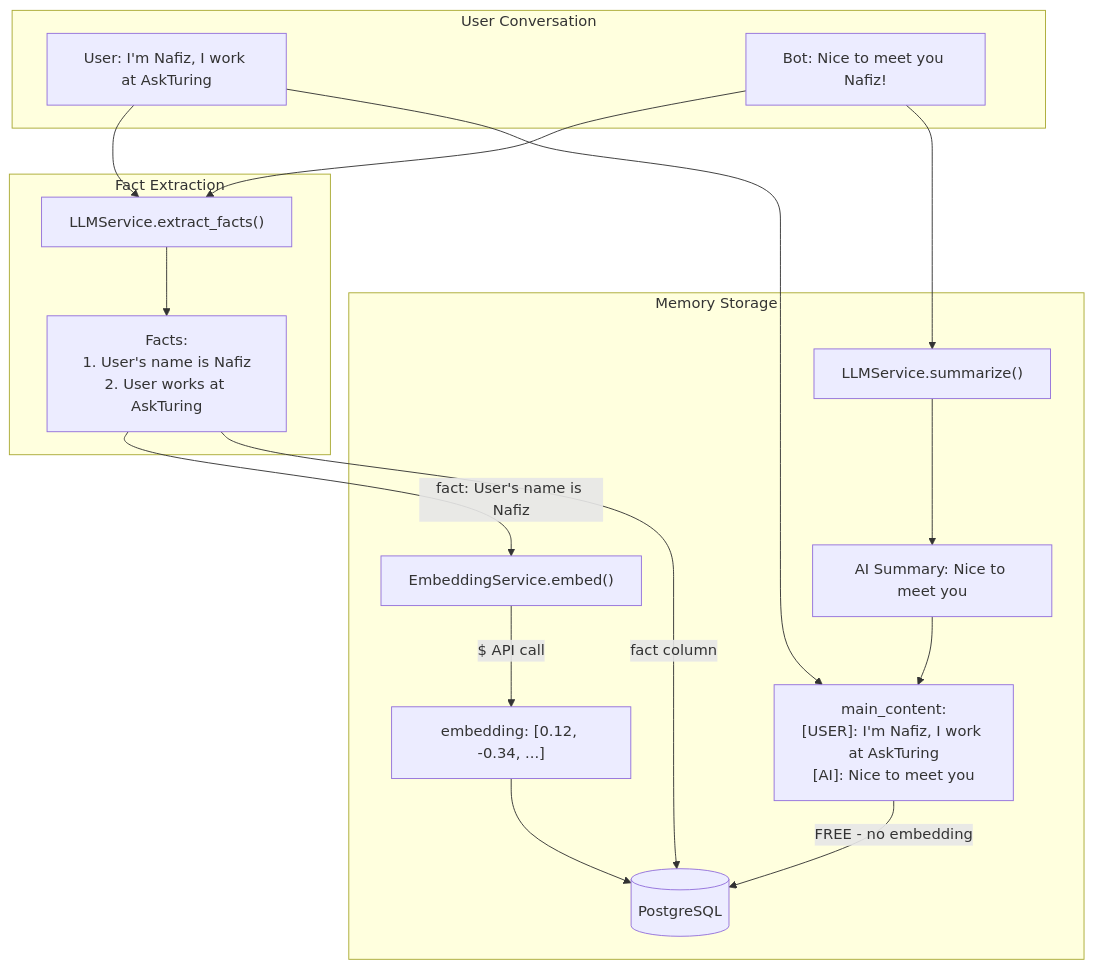
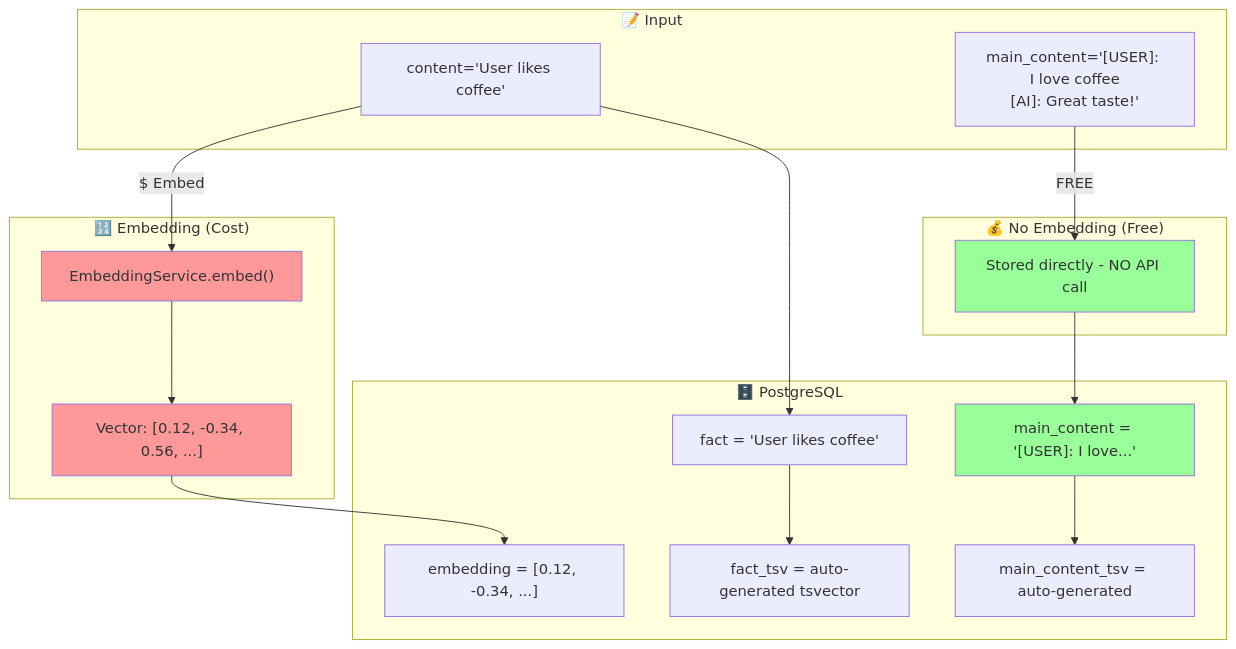
Before and after one commit to ahammadnafiz/engram: the first of 7 diagrams in docs/diagram.md, drawn with Mermaid. The commit also changed other lines of this file, not shown here.

Commit message:
Revise documentation for the Engram two-column memory system: update diagrams to illustrate memory storage and retrieval flows, enhance clarity on embedding processes, and include a new database schema. Add cost comparison and search vs storage analysis to improve understanding of memory efficiency.

````diff
--- a/docs/diagram.md
+++ b/docs/diagram.md
@@ -5,40 +5,39 @@
 ```mermaid
 flowchart TD
-    subgraph Input [User Conversation]
-        UserMsg["User: I'm Nafiz, I work at AskTuring"]
-        BotMsg["Bot: Nice to meet you Nafiz!"]
+    subgraph Input["📝 Input"]
+        Content["content='User likes coffee'"]
+        MainContent["main_content='[USER]: I love coffee\n[AI]: Great taste!'"]
     end
-    
-    subgraph Extraction [Fact Extraction]
-        LLM["LLMService.extract_facts()"]
-        Facts["Facts:<br/>1. User's name is Nafiz<br/>2. User works at AskTuring"]
+
+    subgraph Embedding["🔢 Embedding (Cost)"]
+        EmbedService["EmbeddingService.embed()"]
+        Vector["Vector: [0.12, -0.34, 0.56, ...]"]
     end
-    
-    subgraph Storage [Memory Storage]
-        Summary["LLMService.summarize()"]
-        AISummary["AI Summary: Nice to meet you"]
-        
-        MainContent["main_content:<br/>[USER]: I'm Nafiz, I work at AskTuring<br/>[AI]: Nice to meet you"]
-        
-        Embed["EmbeddingService.embed()"]
-        Vector["embedding: [0.12, -0.34, ...]"]
-        
-        DB[(PostgreSQL)]
+
+    subgraph NoEmbed["💰 No Embedding (Free)"]
+        Skip["Stored directly - NO API call"]
     end
-    
-    UserMsg --> LLM
-    BotMsg --> LLM
-    LLM --> Facts
-    
-    Facts -->|"fact: User's name is Nafiz"| Embed
-    Embed -->|"$ API call"| Vector
-    
-    BotMsg --> Summary
-    Summary --> AISummary
-    UserMsg --> MainContent
-    AISummary --> MainContent
-    
-    Vector --> DB
-    MainContent -->|"FREE - no embedding"| DB
-    Facts -->|"fact column"| DB
+
+    subgraph Database["🗄️ PostgreSQL"]
+        FactCol["fact = 'User likes coffee'"]
+        FactTSV["fact_tsv = auto-generated tsvector"]
+        EmbedCol["embedding = [0.12, -0.34, ...]"]
+        MainCol["main_content = '[USER]: I love...'"]
+        MainTSV["main_content_tsv = auto-generated"]
+    end
+
+    Content -->|"$ Embed"| EmbedService
+    EmbedService --> Vector
+    Vector --> EmbedCol
+    Content --> FactCol
+    FactCol --> FactTSV
+
+    MainContent -->|"FREE"| Skip
+    Skip --> MainCol
+    MainCol --> MainTSV
+
+    style EmbedService fill:#ff9999
+    style Skip fill:#99ff99
+    style Vector fill:#ff9999
+    style MainCol fill:#99ff99
 ```
````
